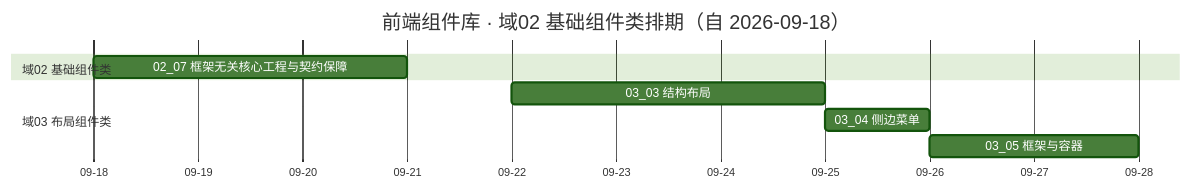
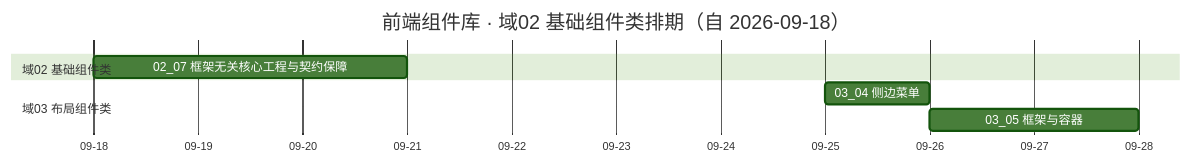
Before and after one commit to minjian123/basic-management-system: the diagram in bms文档/项目/04_前端组件库/计划/01_计划_前端组件库.md, drawn with Mermaid (forest theme). The commit also changed other lines of this file and 7 other files, not shown here.

````diff
--- a/bms文档/项目/04_前端组件库/计划/01_计划_前端组件库.md
+++ b/bms文档/项目/04_前端组件库/计划/01_计划_前端组件库.md
@@ -42,12 +42,11 @@
 ```mermaid
 gantt
     title 前端组件库 · 域02 基础组件类排期（自 2026-09-18）
     dateFormat  YYYY-MM-DD
     axisFormat %m-%d
     section 域02 基础组件类
     02_07 框架无关核心工程与契约保障 :a07, 2026-09-18, 3d
     section 域03 布局组件类
-    03_03 结构布局                   :b03, 2026-09-22, 3d
     03_04 侧边菜单                   :b04, 2026-09-25, 1d
     03_05 框架与容器                 :b05, 2026-09-26, 2d
 ```
````
